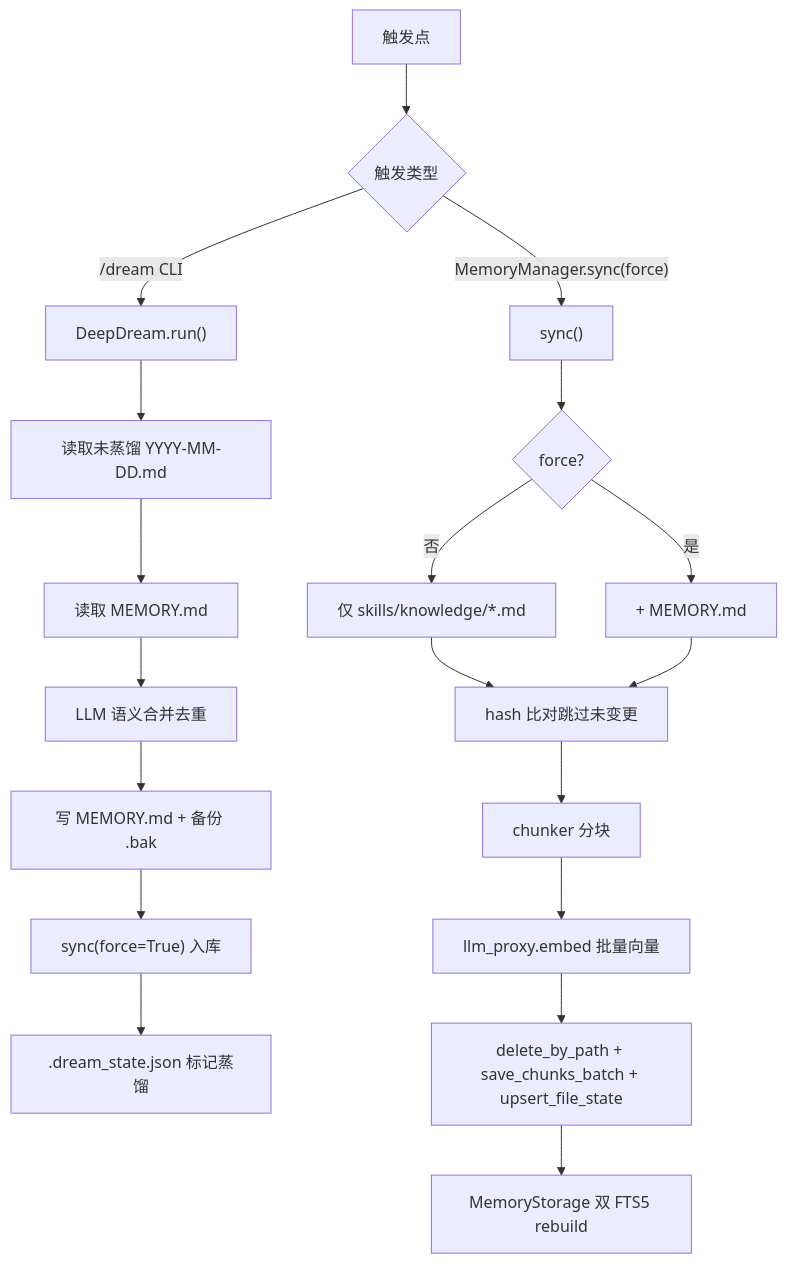
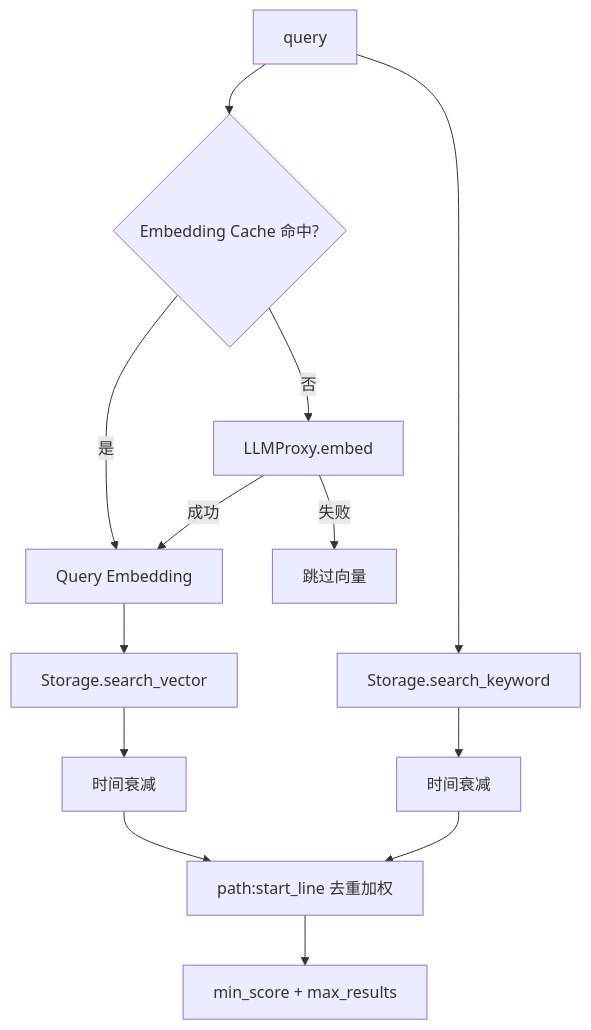
One commit to aandbcct/dotClaw changed the tenth of 22 diagrams in docs/wiki/Memory 模块总体说明.md. Above: the diagram before and after it, drawn with Mermaid. The commit also changed other lines of this file and 8 other files, not shown here.

````diff
--- a/docs/wiki/Memory 模块总体说明.md
+++ b/docs/wiki/Memory 模块总体说明.md
@@ -178,23 +1588,17 @@
 ```mermaid
-flowchart TB
-    Start["触发点"] --> Branch{"触发类型"}
-    Branch -->|"/dream CLI"| D1["DeepDream.run()"]
-    Branch -->|"MemoryManager.sync(force)"| S1["sync()"]
+flowchart TD
+    Query["query"] --> Cache{"Embedding Cache 命中?"}
+    Cache -->|是| QEmb["Query Embedding"]
+    Cache -->|否| Embed["LLMProxy.embed"]
+    Embed -->|成功| QEmb
+    Embed -->|失败| NoVector["跳过向量"]
 
-    D1 --> D2["读取未蒸馏 YYYY-MM-DD.md"]
-    D2 --> D3["读取 MEMORY.md"]
-    D3 --> D4["LLM 语义合并去重"]
-    D4 --> D5["写 MEMORY.md + 备份 .bak"]
-    D5 --> D6["sync(force=True) 入库"]
-    D6 --> D7[".dream_state.json 标记蒸馏"]
+    QEmb --> Vector["Storage.search_vector"]
+    Query --> Keyword["Storage.search_keyword"]
 
-    S1 --> S2{"force?"}
-    S2 -->|否| S3["仅 skills/knowledge/*.md"]
-    S2 -->|是| S4["+ MEMORY.md"]
-    S3 --> S5["hash 比对跳过未变更"]
-    S4 --> S5
-    S5 --> S6["chunker 分块"]
-    S6 --> S7["llm_proxy.embed 批量向量"]
-    S7 --> S8["delete_by_path + save_chunks_batch + upsert_file_state"]
-    S8 --> S9["MemoryStorage 双 FTS5 rebuild"]
+    Vector --> Decay1["时间衰减"]
+    Keyword --> Decay2["时间衰减"]
+    Decay1 --> Merge["path:start_line 去重加权"]
+    Decay2 --> Merge
+    Merge --> Filter["min_score + max_results"]
 ```
````
